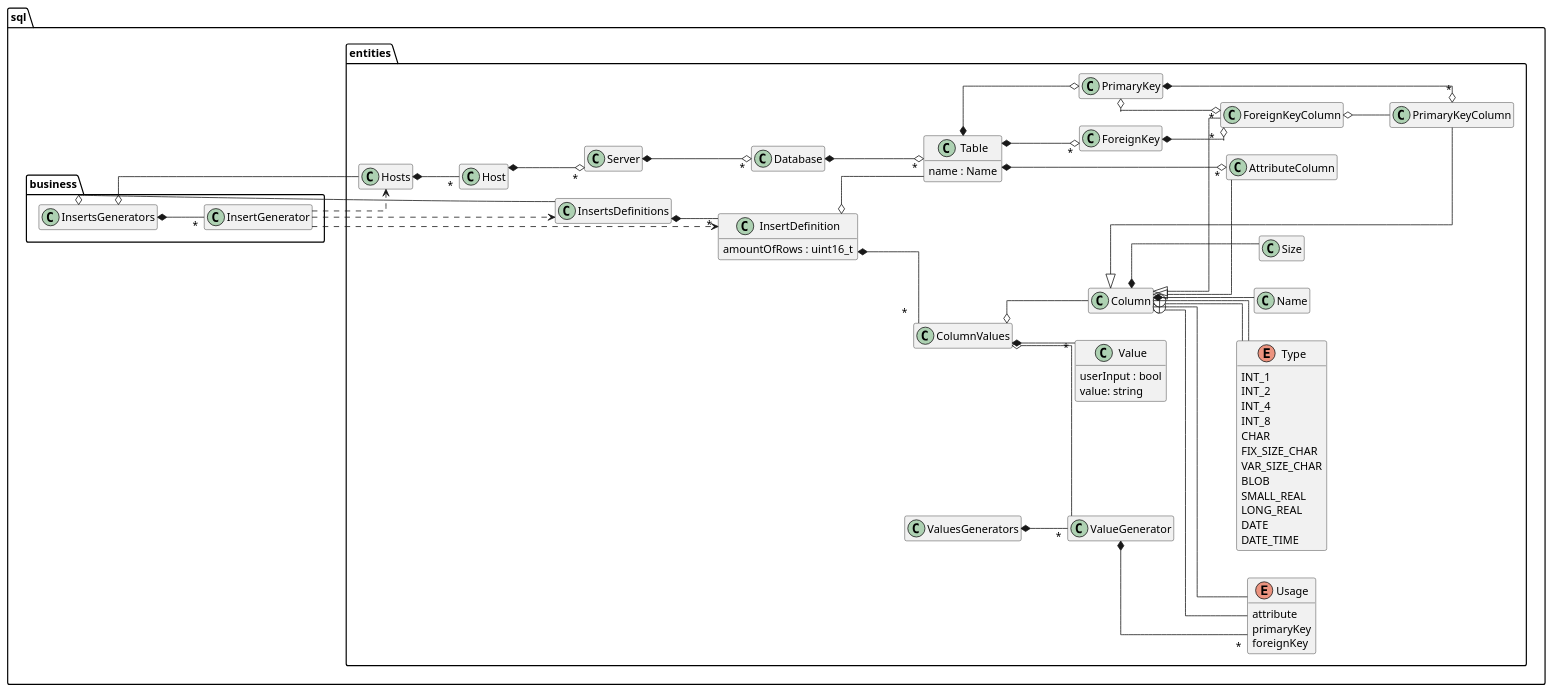
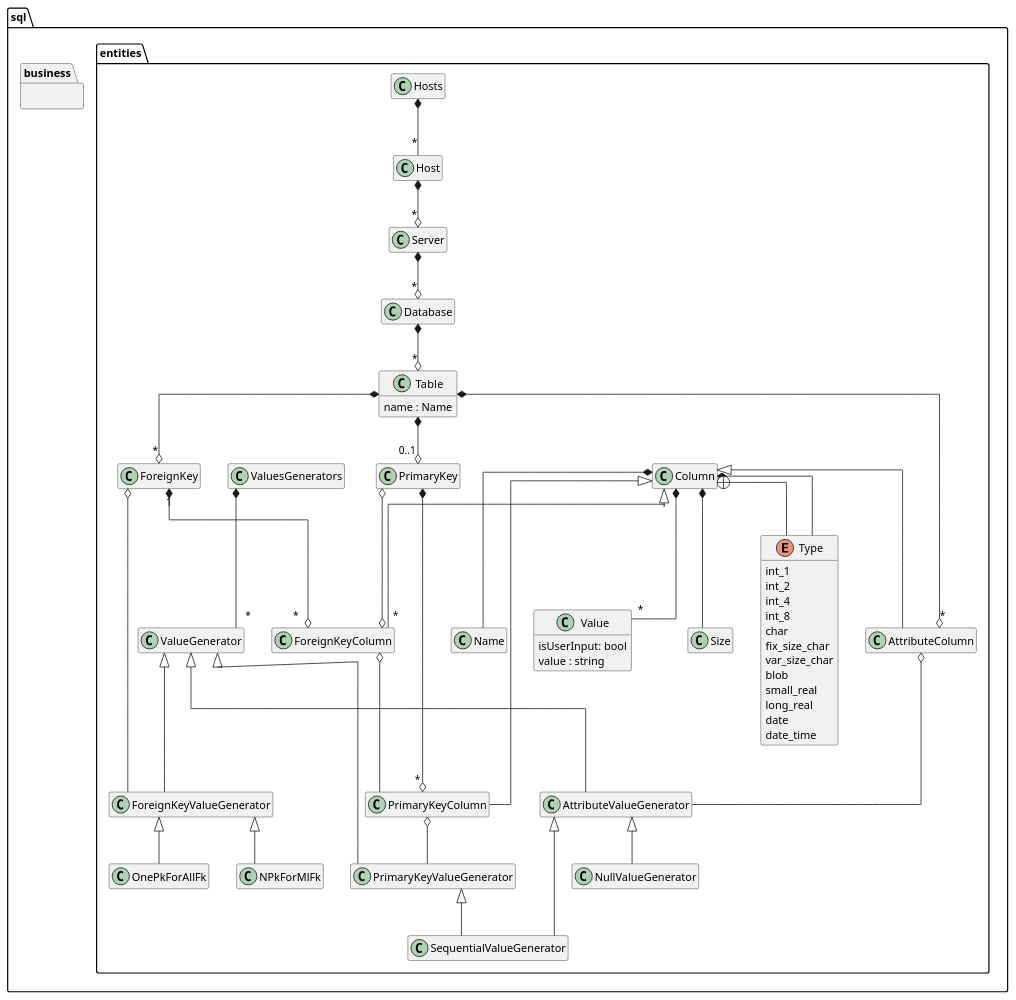
Before and after one commit to rodrigocanellas/tenacitas: the diagram in code/sql/documents/sql2.plantuml, drawn with PlantUML. The commit also changed 47 other files, not shown here.

```diff
--- a/code/sql/documents/sql2.plantuml
+++ b/code/sql/documents/sql2.plantuml
@@ -1,135 +1,111 @@
 @startuml
 
 set namespaceSeparator ::
 
 hide empty members
 allow_mixing
-left to right direction
+'left to right direction
 skinparam linetype ortho
 
 
 namespace  sql {
 
 namespace entities {
 
 class Size
 enum Type {
-	INT_1
-	INT_2
-	INT_4
-	INT_8
-	CHAR
-	FIX_SIZE_CHAR
-	VAR_SIZE_CHAR
-	BLOB
-	SMALL_REAL
-	LONG_REAL
-	DATE
-	DATE_TIME
+	int_1
+	int_2
+	int_4
+	int_8
+	char
+	fix_size_char
+	var_size_char
+	blob
+	small_real
+	long_real
+	date
+	date_time
 }
 class Name
 
 
 class Column
 
-enum Usage {
-	attribute
-	primaryKey
-	foreignKey
+class Value {
+	isUserInput: bool
+	value : string
 }
 
 class PrimaryKeyColumn
 class ForeignKeyColumn
 class AttributeColumn
 
 class Table {
 	name : Name
 }
 
 class Database
 class Server
 class Host
 class Hosts
 
 class PrimaryKey
 class ForeignKey
 
-
-class ValueGenerator
-
-'class AttributeValueGenerator
- 
-
-class InsertsDefinitions
-
-class InsertDefinition {
-	amountOfRows : uint16_t
-}
-
-class Value {
-	userInput : bool
-	value: string
-}
-
-class ColumnValues
-
-class ValuesGenerators
-
-ValuesGenerators *-- "*" ValueGenerator
-
 Hosts *-- "*" Host
 Host *--o "*" Server
 Server *--o "*" Database
 Database *--o "*" Table
 
-ColumnValues o-- ValueGenerator
-ColumnValues o-- Column
-ColumnValues *-- "*" Value
-
-ValueGenerator *-- "*" Usage
-
-InsertsDefinitions *-- "*" InsertDefinition
-
-InsertDefinition o-- Table
-InsertDefinition *-- "*" ColumnValues
 
 PrimaryKey *--o "*" PrimaryKeyColumn
-ForeignKey *--o "*" ForeignKeyColumn
+ForeignKey "1" *--o "*" ForeignKeyColumn
 PrimaryKey o--o "*" ForeignKeyColumn
 
-Table *--o PrimaryKey
-Table *--o "*" ForeignKey
+Table *--o "0..1" PrimaryKey
+Table  *--o "*" ForeignKey
 Table *--o "*" AttributeColumn
 
-Column *-- Usage
-Column +-- Usage
 
 Column *-- Type
 Column +-- Type
 Column *-- Size
 Column *-- Name
+Column *-- "*" Value
 
 Column <|-- PrimaryKeyColumn
 Column <|-- ForeignKeyColumn
 Column <|-- AttributeColumn
 
 ForeignKeyColumn o-- PrimaryKeyColumn
 
+' ##########################
+ValuesGenerators *-- "*" ValueGenerator 
+ValueGenerator <|-- ForeignKeyValueGenerator
+ValueGenerator <|-- PrimaryKeyValueGenerator
+ValueGenerator <|-- AttributeValueGenerator
+
+ForeignKey o-- ForeignKeyValueGenerator
+PrimaryKeyColumn o-- PrimaryKeyValueGenerator
+AttributeColumn o-- AttributeValueGenerator
+
+ForeignKeyValueGenerator <|-- OnePkForAllFk
+ForeignKeyValueGenerator <|-- NPkForMlFk
+
+PrimaryKeyValueGenerator <|-- SequentialValueGenerator
+AttributeValueGenerator <|-- SequentialValueGenerator
+AttributeValueGenerator <|-- NullValueGenerator
+
+
+
 }
 
 namespace business {
 
-class InsertsGenerators
-class InsertGenerator
 
-InsertsGenerators *-- "*" InsertGenerator
 
-InsertsGenerators o-- sql::entities::InsertsDefinitions
-InsertsGenerators  o-- sql::entities::Hosts
-InsertGenerator ..> sql::entities::InsertsDefinitions
-InsertGenerator ..> sql::entities::InsertDefinition
-InsertGenerator ..> sql::entities::Hosts
 }
 }
 
 @enduml
```
